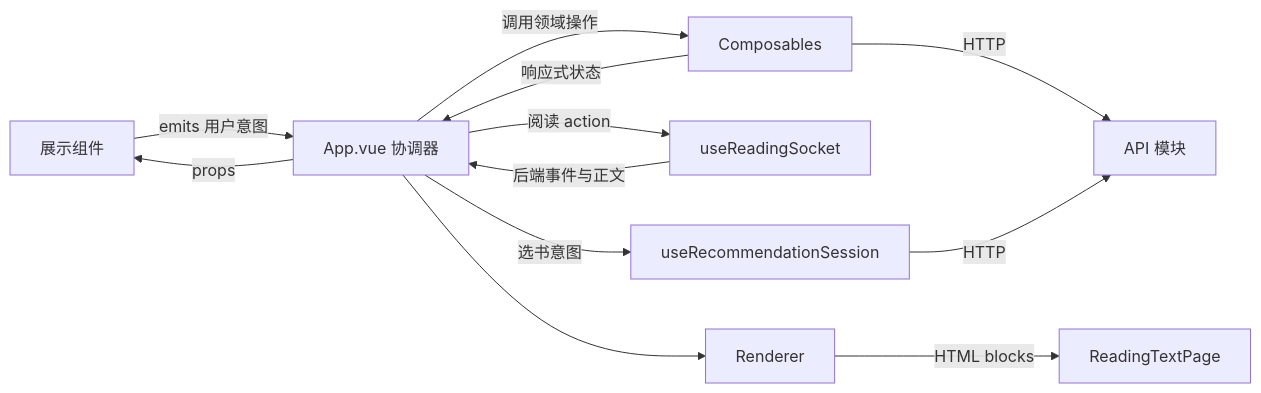
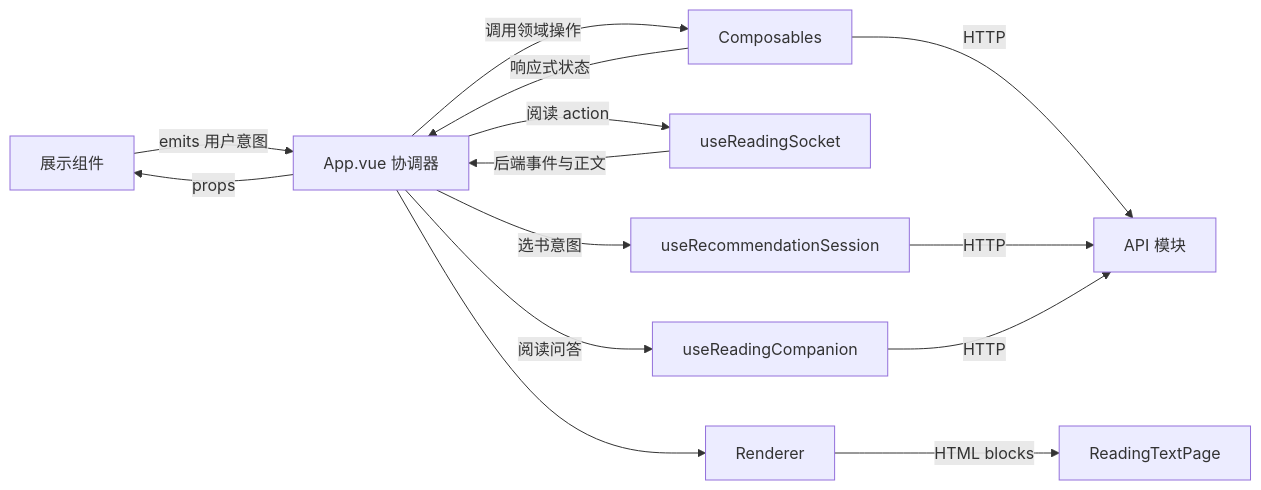
The diagram in frontend/src/README.md (Handao-dao/superHP-ReadingAgent), drawn with Mermaid before and after one commit. The commit also changed other lines of this file and 11 other files, not shown here.

Commit message:
feat(companion): add reading chat drawer

````diff
--- a/frontend/src/README.md
+++ b/frontend/src/README.md
@@ -112,14 +115,16 @@
 ```mermaid
 flowchart LR
     UI["展示组件"] -->|emits 用户意图| APP["App.vue 协调器"]
     APP -->|调用领域操作| C["Composables"]
     C -->|HTTP| API["API 模块"]
     C -->|响应式状态| APP
     APP -->|props| UI
     APP -->|阅读 action| WS["useReadingSocket"]
     APP -->|选书意图| REC["useRecommendationSession"]
     REC -->|HTTP| API
+    APP -->|阅读问答| COMP["useReadingCompanion"]
+    COMP -->|HTTP| API
     WS -->|后端事件与正文| APP
     APP --> R["Renderer"]
     R -->|HTML blocks| TEXT["ReadingTextPage"]
 ```
````
